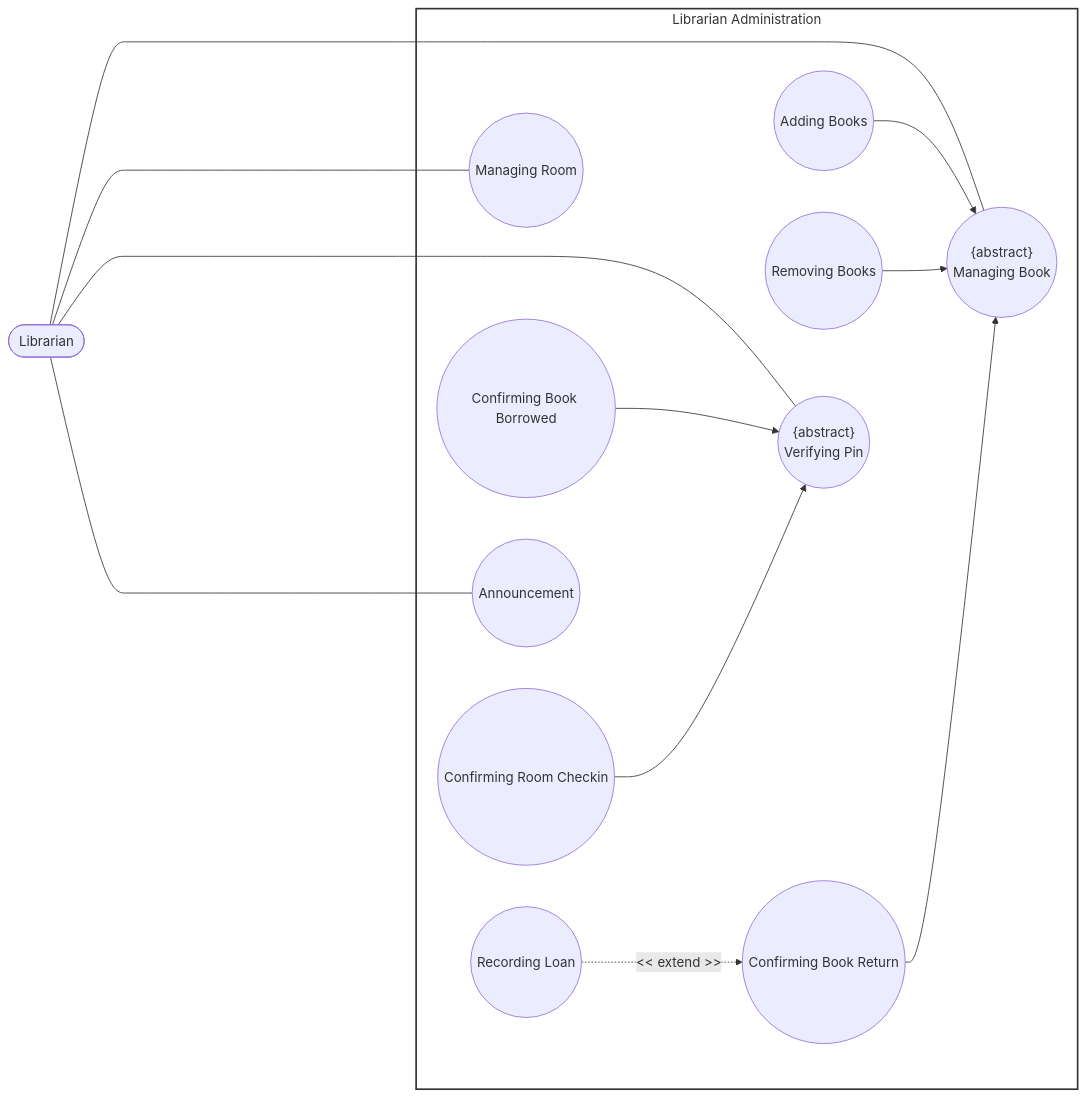
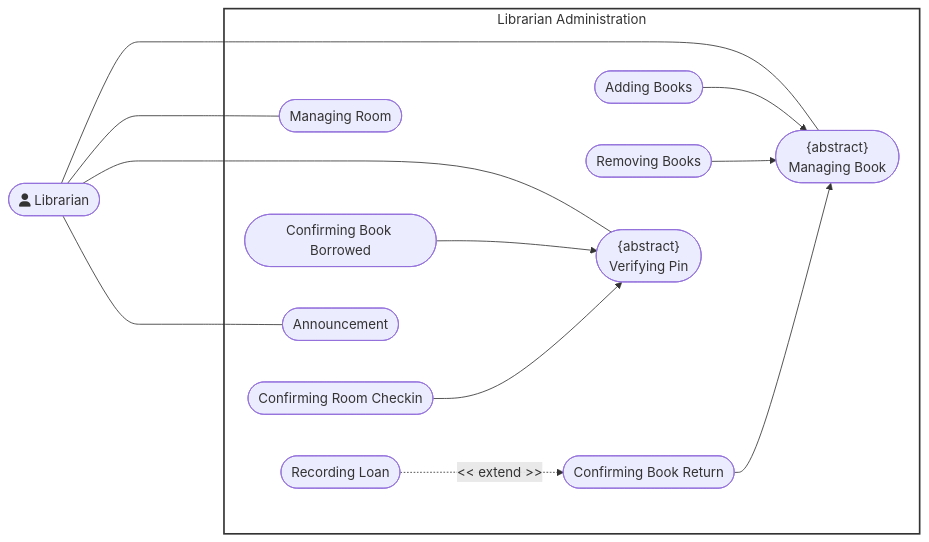
The eighth of 9 diagrams in docs/management/PA3/Use-CaseSpecification.md (DuyNhat1705/AmeThyst-Library), drawn with Mermaid before and after one commit. The commit also changed other lines of this file, not shown here.

````diff
--- a/docs/management/PA3/Use-CaseSpecification.md
+++ b/docs/management/PA3/Use-CaseSpecification.md
@@ -4081,26 +4077,26 @@
 ```mermaid
 flowchart LR
  subgraph LibrarianAdministration["Librarian Administration"]
-        UC1(("<center>{abstract} <br> Managing Book</center>"))
-        UC2(("Adding Books"))
-        UC3(("Removing Books"))
-        UC4(("Confirming Book Return"))
-        UC5(("Recording Loan"))
-        UC6(("Managing Room"))
-        UC7(("<center>{abstract} <br> Verifying Pin</center>"))
-        UC8(("Confirming Book Borrowed"))
-        UC9(("Confirming Room Checkin"))
-        UC10(("Announcement"))
+        UC1(["<center>{abstract}<br>Managing Book</center>"])
+        UC2(["Adding Books"])
+        UC3(["Removing Books"])
+        UC4(["Confirming Book Return"])
+        UC5(["Recording Loan"])
+        UC6(["Managing Room"])
+        UC7(["<center>{abstract}<br>Verifying Pin</center>"])
+        UC8(["Confirming Book Borrowed"])
+        UC9(["Confirming Room Checkin"])
+        UC10(["Announcement"])
   end
-    Librarian(["Librarian"]) ============ LibrarianAdministration
+    Librarian(["fa:fa-user Librarian"]) ======= LibrarianAdministration
     Librarian --- UC1 & UC6 & UC7 & UC10
     UC2 --> UC1
     UC3 --> UC1
     UC4 --> UC1
     UC8 --> UC7
     UC9 --> UC7
     UC5 -. &lt;&lt; extend &gt;&gt; .-> UC4
 
     style LibrarianAdministration fill:#fff,stroke:#333,stroke-width:2px
     linkStyle 0 stroke:transparent
 ```
````
